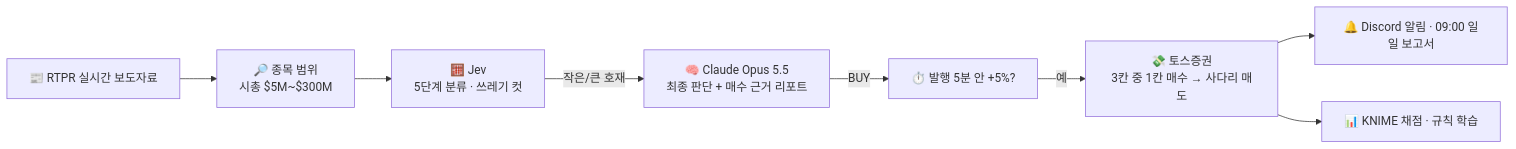
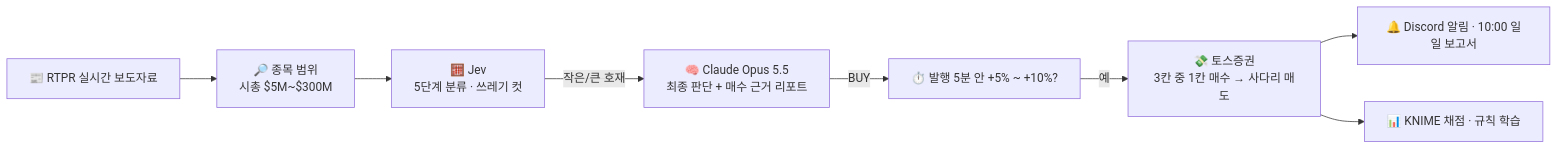
The diagram in README.md (junsungma1022/How_To_Become_Warren_Buffett), drawn with Mermaid before and after one commit. The commit also changed other lines of this file and 4 other files, not shown here.

````diff
--- a/README.md
+++ b/README.md
@@ -11,10 +11,10 @@
 ```mermaid
 flowchart LR
     N["📰 RTPR 실시간 보도자료"] --> U["🔎 종목 범위<br/>시총 $5M~$300M"]
     U --> J["🧮 Jev<br/>5단계 분류 · 쓰레기 컷"]
     J -- "작은/큰 호재" --> C["🧠 Claude Opus 5.5<br/>최종 판단 + 매수 근거 리포트"]
-    C -- BUY --> W["⏱️ 발행 5분 안 +5%?"]
+    C -- BUY --> W["⏱️ 발행 5분 안 +5% ~ +10%?"]
     W -- 예 --> T["💸 토스증권<br/>3칸 중 1칸 매수 → 사다리 매도"]
-    T --> D["🔔 Discord 알림 · 09:00 일일 보고서"]
+    T --> D["🔔 Discord 알림 · 10:00 일일 보고서"]
     T --> K["📊 KNIME 채점 · 규칙 학습"]
 ```
````
